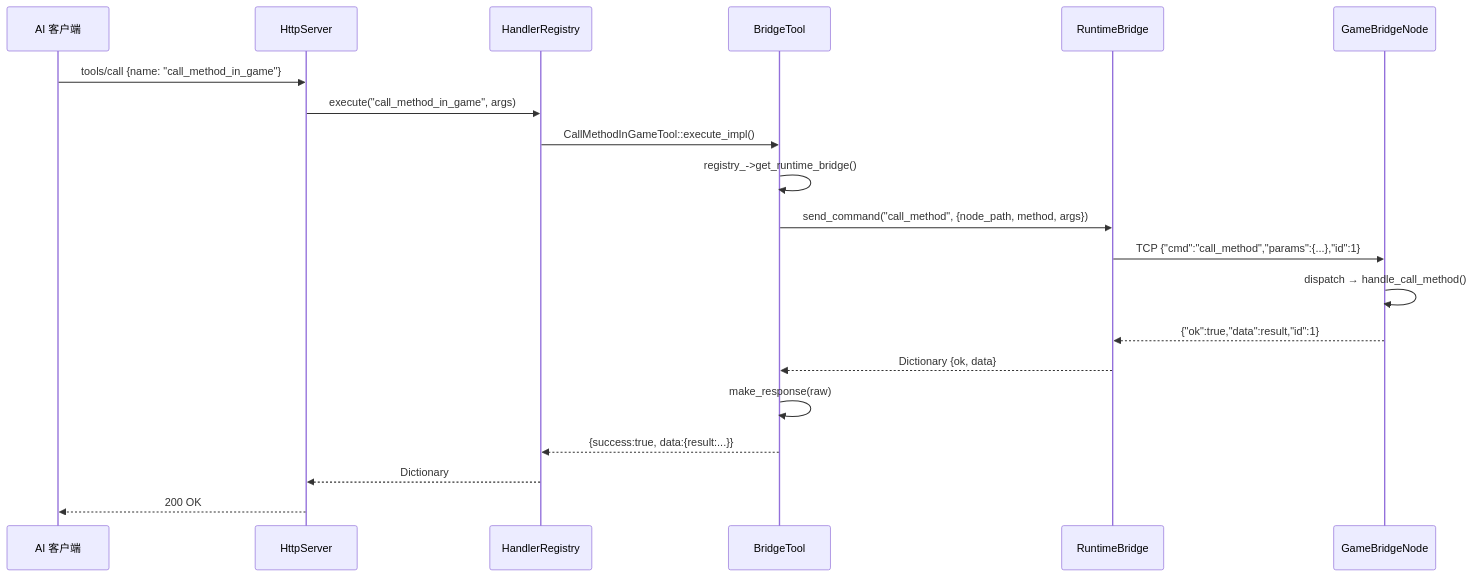
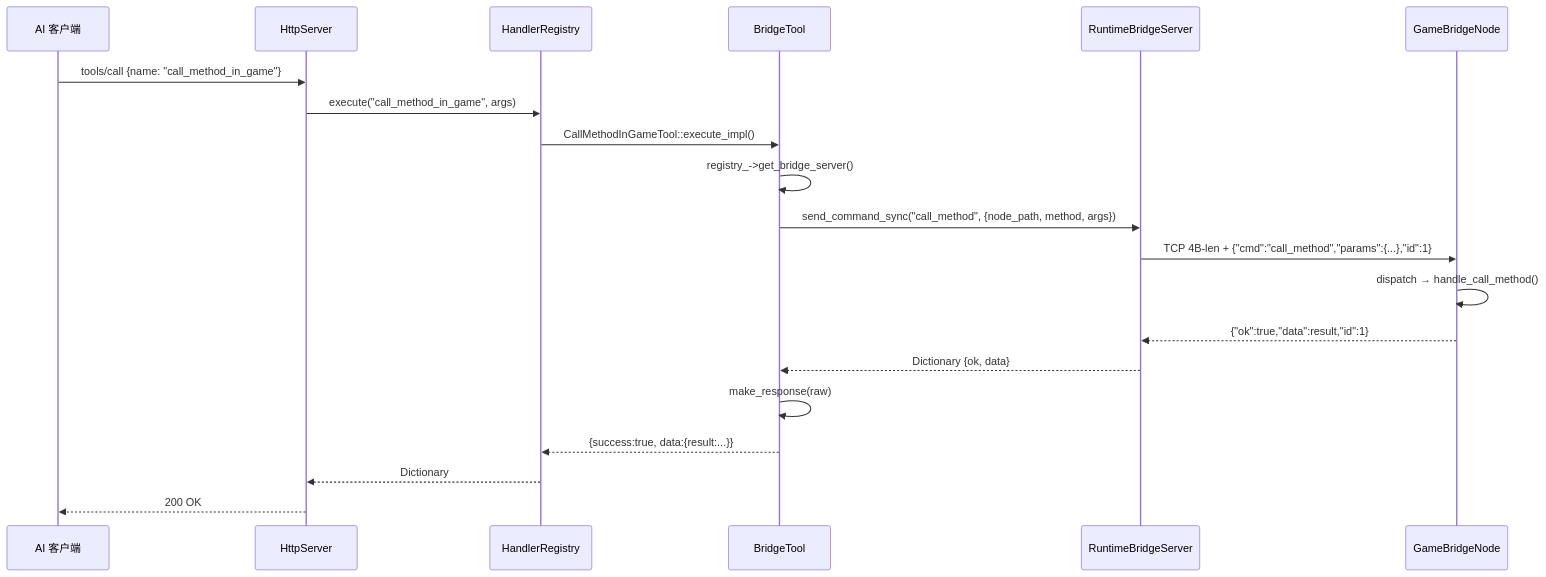
Before and after one commit to jesspig/GodotMCP-GDExtension: the second of 2 diagrams in .repo_wiki/modules/runtime-tools.md, drawn with Mermaid. The commit also changed other lines of this file and 41 other files, not shown here.

````diff
--- a/.repo_wiki/modules/runtime-tools.md
+++ b/.repo_wiki/modules/runtime-tools.md
@@ -174,23 +186,23 @@
 ```mermaid
 sequenceDiagram
     participant AI as AI 客户端
     participant H as HttpServer
     participant R as HandlerRegistry
     participant T as BridgeTool
-    participant RB as RuntimeBridge
+    participant RB as RuntimeBridgeServer
     participant GB as GameBridgeNode
 
     AI->>H: tools/call {name: "call_method_in_game"}
     H->>R: execute("call_method_in_game", args)
     R->>T: CallMethodInGameTool::execute_impl()
-    T->>T: registry_->get_runtime_bridge()
-    T->>RB: send_command("call_method", {node_path, method, args})
-    RB->>GB: TCP {"cmd":"call_method","params":{...},"id":1}
+    T->>T: registry_->get_bridge_server()
+    T->>RB: send_command_sync("call_method", {node_path, method, args})
+    RB->>GB: TCP 4B-len + {"cmd":"call_method","params":{...},"id":1}
     GB->>GB: dispatch → handle_call_method()
     GB-->>RB: {"ok":true,"data":result,"id":1}
     RB-->>T: Dictionary {ok, data}
     T->>T: make_response(raw)
     T-->>R: {success:true, data:{result:...}}
     R-->>H: Dictionary
     H-->>AI: 200 OK
 ```
````
